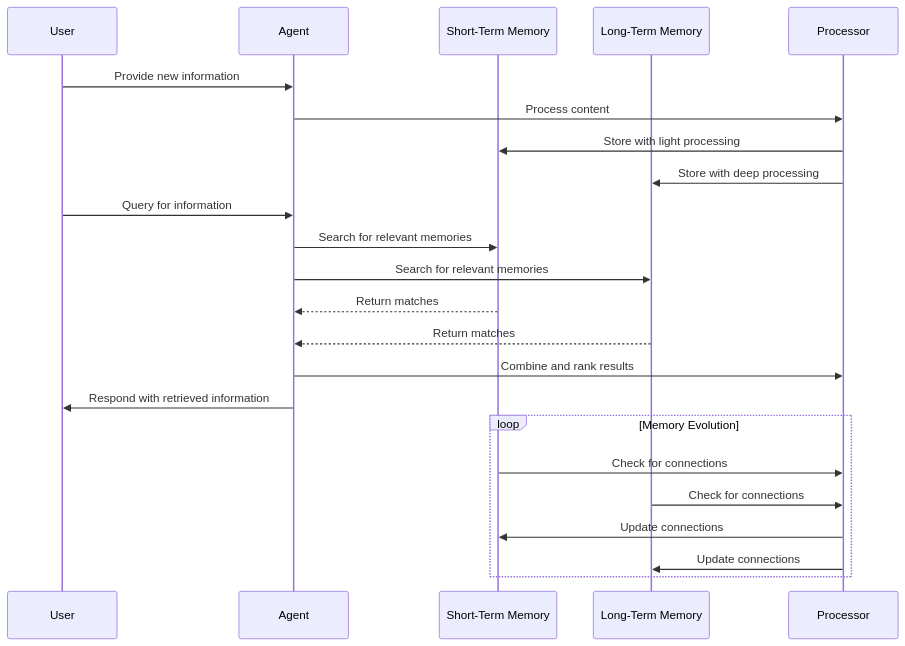
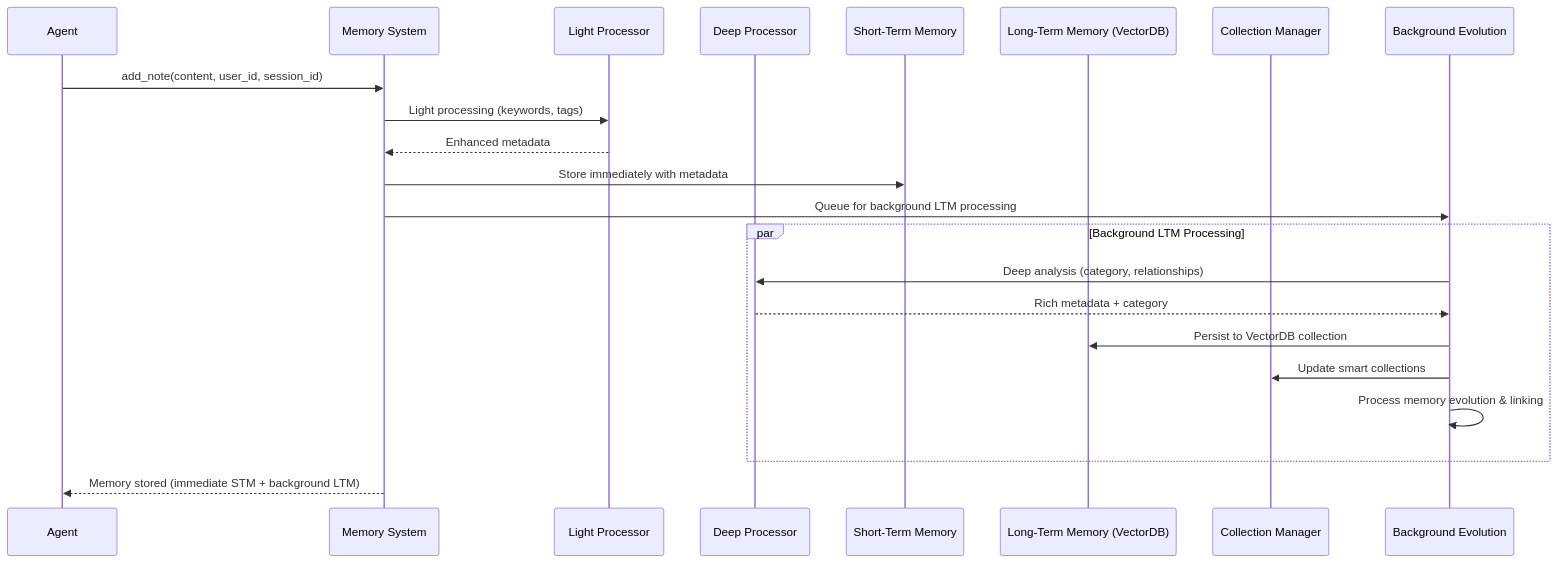
One commit to prem-research/cortex changed the second of 9 diagrams in README.md. Above: the diagram before and after it, drawn with Mermaid. The commit also changed other lines of this file, not shown here.

Commit message:
update: memory flow readme

````diff
--- a/README.md
+++ b/README.md
@@ -454,28 +456,27 @@
 ```mermaid
 sequenceDiagram
-    participant User
     participant Agent
+    participant MS as Memory System
+    participant LP as Light Processor
+    participant DP as Deep Processor
     participant STM as Short-Term Memory
-    participant LTM as Long-Term Memory
-    participant Processor
+    participant LTM as Long-Term Memory (VectorDB)
+    participant CM as Collection Manager
+    participant BG as Background Evolution
     
-    User->>Agent: Provide new information
-    Agent->>Processor: Process content
-    Processor->>STM: Store with light processing
-    Processor->>LTM: Store with deep processing
+    Agent->>MS: add_note(content, user_id, session_id)
+    MS->>LP: Light processing (keywords, tags)
+    LP-->>MS: Enhanced metadata
+    MS->>STM: Store immediately with metadata
+    MS->>BG: Queue for background LTM processing
     
-    User->>Agent: Query for information
-    Agent->>STM: Search for relevant memories
-    Agent->>LTM: Search for relevant memories
-    STM-->>Agent: Return matches
-    LTM-->>Agent: Return matches
-    Agent->>Processor: Combine and rank results
-    Agent->>User: Respond with retrieved information
+    par Background LTM Processing
+        BG->>DP: Deep analysis (category, relationships)
+        DP-->>BG: Rich metadata + category
+        BG->>LTM: Persist to VectorDB collection
+        BG->>CM: Update smart collections
+        BG->>BG: Process memory evolution & linking
+    end
     
-    loop Memory Evolution
-        STM->>Processor: Check for connections
-        LTM->>Processor: Check for connections
-        Processor->>STM: Update connections
-        Processor->>LTM: Update connections
-    end
+    MS-->>Agent: Memory stored (immediate STM + background LTM)
 ```
````
